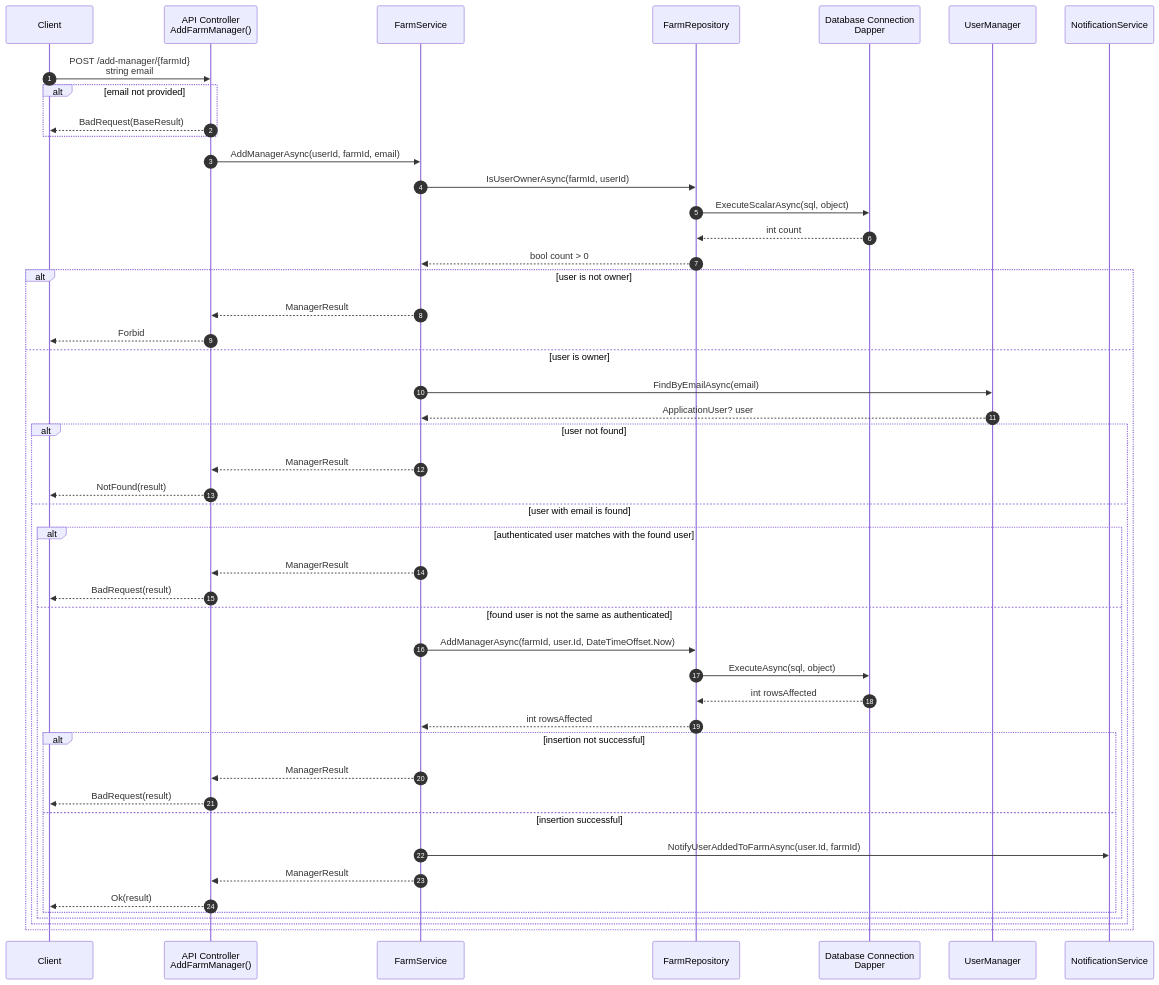
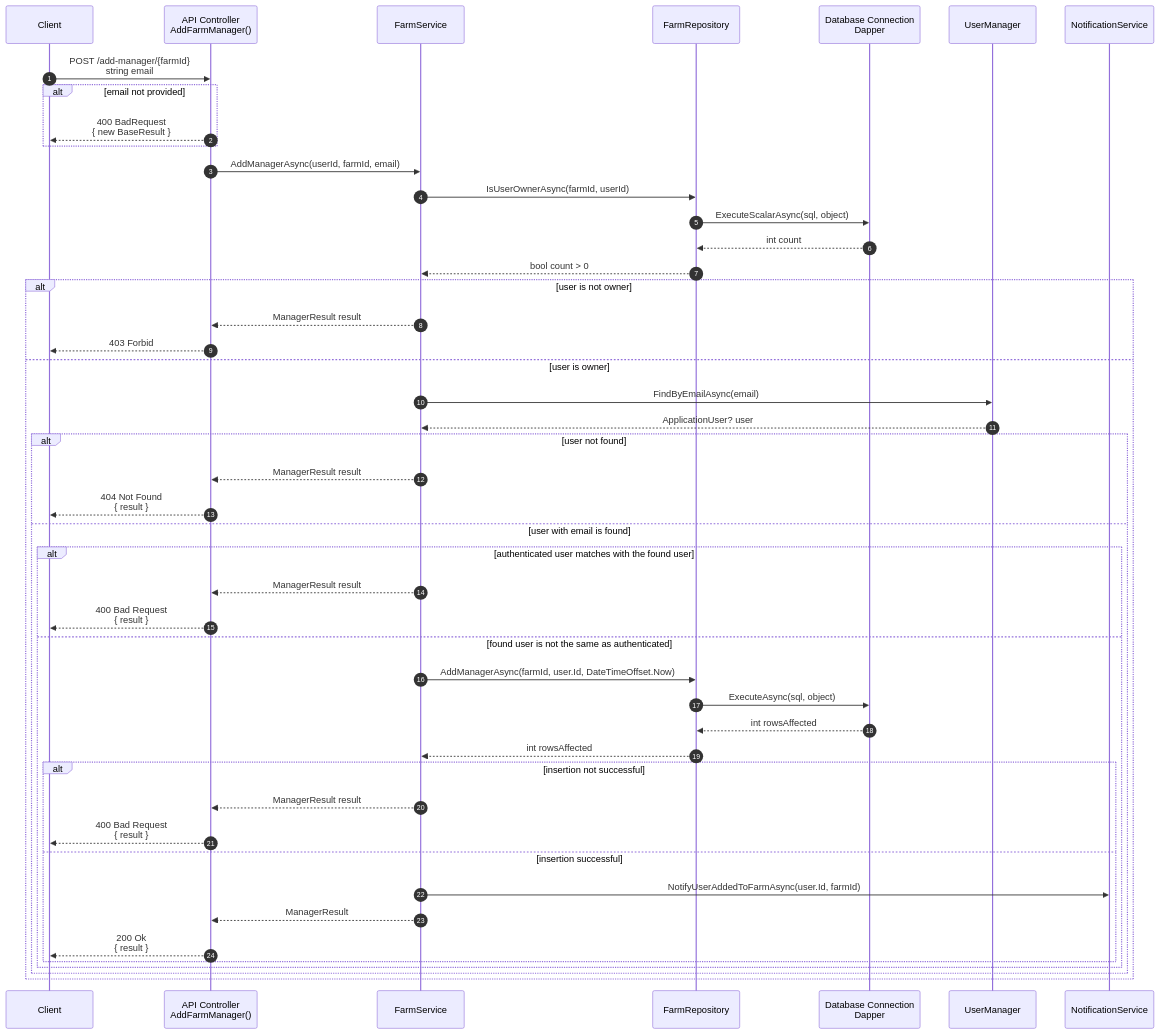
One commit to paavkar/AgricultureApp changed the eighth of 9 diagrams in README.md. Above: the diagram before and after it, drawn with Mermaid. The commit also changed other lines of this file, not shown here.

Commit message:
update README with more detailed diagram API->Client returns

````diff
--- a/README.md
+++ b/README.md
@@ -290,57 +290,57 @@
 ```mermaid
 sequenceDiagram
     autonumber
 
     participant U as Client
     participant API as API Controller<br/>AddFarmManager()
     participant FS as FarmService
     participant FR as FarmRepository
     participant Dapper as Database Connection<br/>Dapper
     participant UM as UserManager
     participant NS as NotificationService
 
     U->>API: POST /add-manager/{farmId}<br/>string email
     alt email not provided
-      API-->>U: BadRequest(BaseResult)
+      API-->>U: 400 BadRequest<br/> { new BaseResult }
     end
     API->>FS: AddManagerAsync(userId, farmId, email)
     FS->>FR: IsUserOwnerAsync(farmId, userId)
     FR->>Dapper: ExecuteScalarAsync(sql, object)
     Dapper-->>FR: int count
     FR-->>FS: bool count > 0
 
     alt user is not owner
-      FS-->>API: ManagerResult
-      API-->>U: Forbid
+      FS-->>API: ManagerResult result
+      API-->>U: 403 Forbid
 
     else user is owner
       FS->>UM: FindByEmailAsync(email)
       UM-->>FS: ApplicationUser? user
       alt user not found
-        FS-->>API: ManagerResult
-        API-->>U: NotFound(result)
+        FS-->>API: ManagerResult result
+        API-->>U: 404 Not Found<br/> { result }
 
       else user with email is found
         alt authenticated user matches with the found user
-          FS-->>API: ManagerResult
-          API-->>U: BadRequest(result)
+          FS-->>API: ManagerResult result
+          API-->>U: 400 Bad Request<br/> { result }
 
         else found user is not the same as authenticated
           FS->>FR: AddManagerAsync(farmId, user.Id, DateTimeOffset.Now)
           FR->>Dapper: ExecuteAsync(sql, object)
           Dapper-->>FR: int rowsAffected
           FR-->>FS: int rowsAffected
 
           alt insertion not successful
-            FS-->>API: ManagerResult
-            API-->>U: BadRequest(result)
+            FS-->>API: ManagerResult result
+            API-->>U: 400 Bad Request<br/> { result }
           
           else insertion successful
             FS->>NS: NotifyUserAddedToFarmAsync(user.Id, farmId)
             FS-->>API: ManagerResult
-            API-->>U: Ok(result)
+            API-->>U: 200 Ok<br/> { result }
           end
         end
       end
     end
 ```
````
